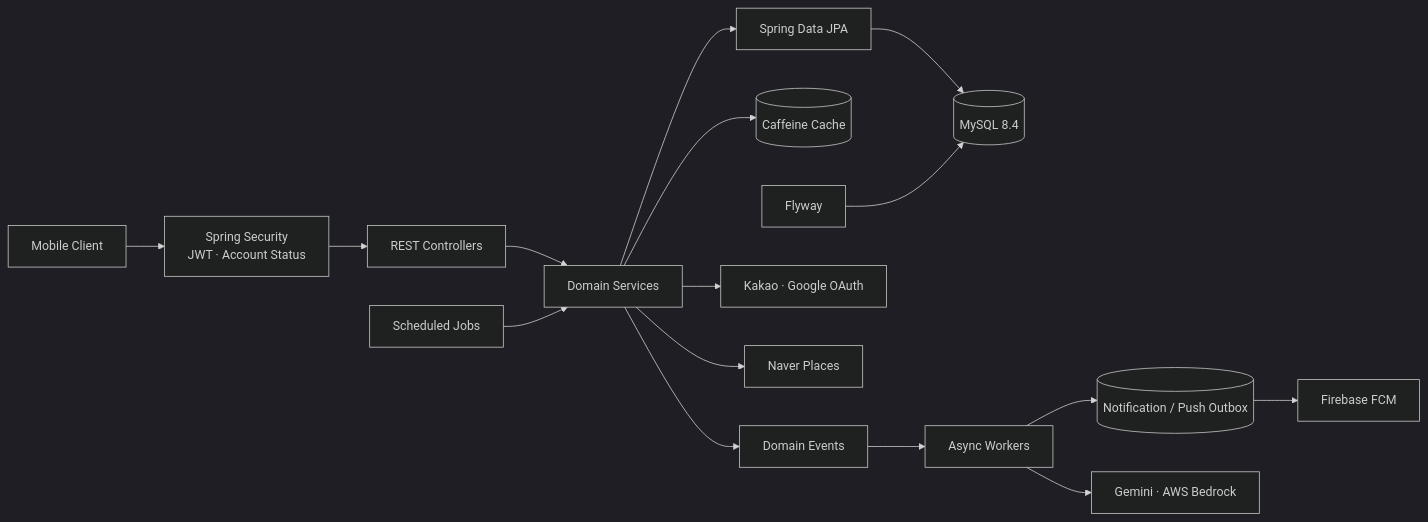
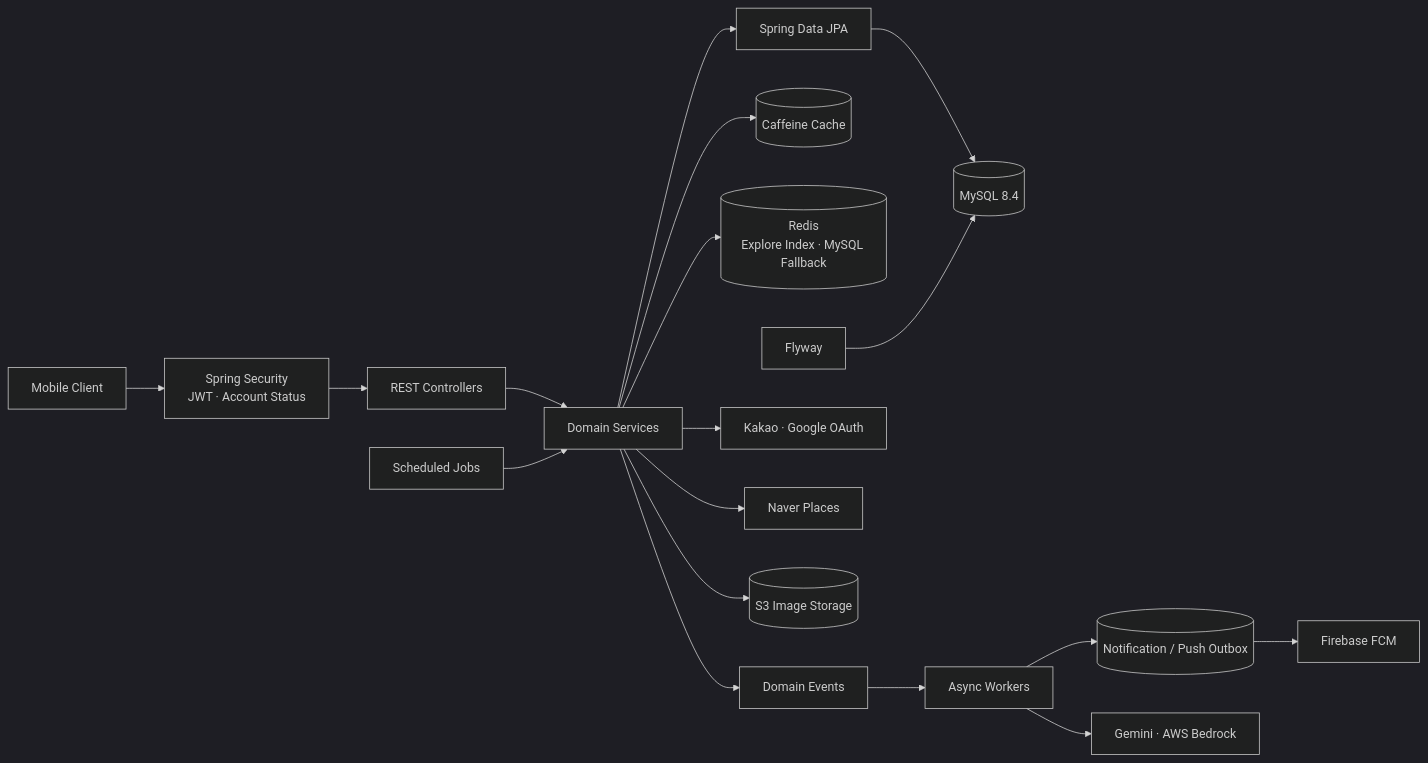
One commit to RuleUp-ASM/Backend changed the first of 3 diagrams in README.md. Above: the diagram before and after it, drawn with Mermaid (dark theme). The commit also changed other lines of this file and 7 other files, not shown here.

````diff
--- a/README.md
+++ b/README.md
@@ -62,21 +62,23 @@
 ```mermaid
 flowchart LR
     App[Mobile Client] --> Security[Spring Security<br/>JWT · Account Status]
     Security --> API[REST Controllers]
     API --> Domain[Domain Services]
     Domain --> JPA[Spring Data JPA]
     JPA --> DB[(MySQL 8.4)]
 
     Domain --> Cache[(Caffeine Cache)]
+    Domain --> Redis[(Redis<br/>Explore Index · MySQL Fallback)]
     Domain --> Event[Domain Events]
     Event --> Async[Async Workers]
     Async --> Outbox[(Notification / Push Outbox)]
 
     Domain --> OAuth[Kakao · Google OAuth]
     Async --> AI[Gemini · AWS Bedrock]
     Domain --> Places[Naver Places]
     Outbox --> FCM[Firebase FCM]
+    Domain --> S3[(S3 Image Storage)]
 
     Flyway[Flyway] --> DB
     Scheduler[Scheduled Jobs] --> Domain
 ```
````
